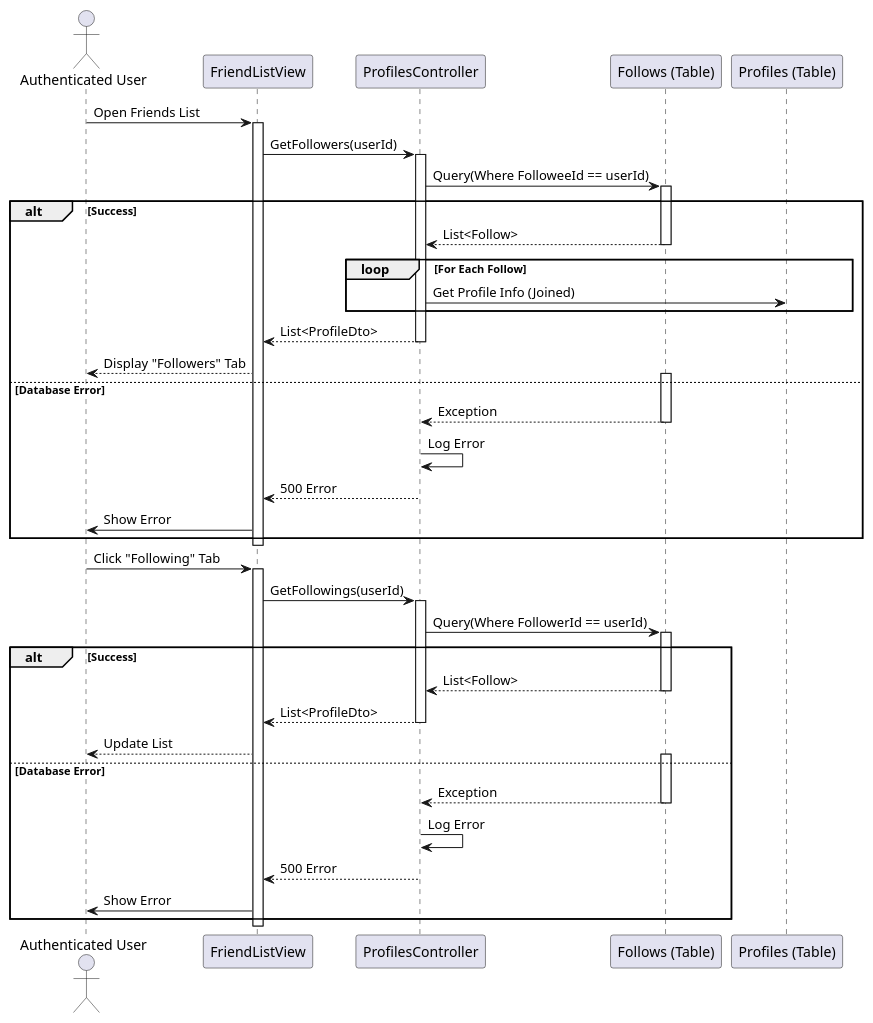
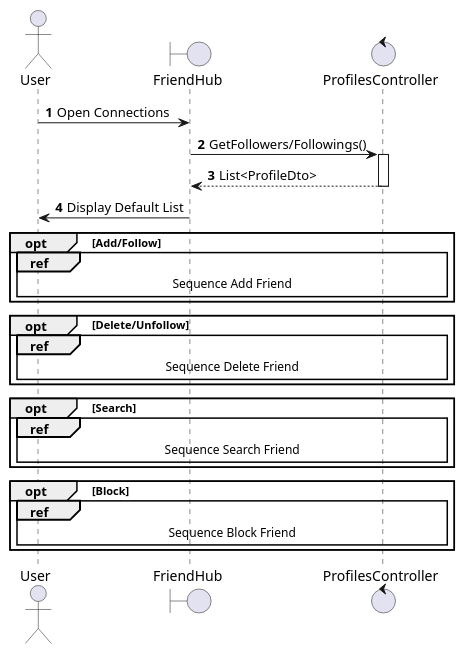
One commit to I-Love-U-3000/Favi-BE changed the second of 14 diagrams in UC_2.1.6_Adjust_Friend.md. Above: the diagram before and after it, drawn with PlantUML. The commit also changed other lines of this file and 36 other files, not shown here.

````diff
--- a/UC_2.1.6_Adjust_Friend.md
+++ b/UC_2.1.6_Adjust_Friend.md
@@ -78,58 +60,31 @@
 ```plantuml
 @startuml
-actor "Authenticated User" as User
-participant "FriendListView" as View
-participant "ProfilesController" as Controller
-participant "Follows (Table)" as DB
-participant "Profiles (Table)" as DB_Profile
+autonumber
+actor "User" as User
+boundary "FriendHub" as View
+control "ProfilesController" as Controller
 
-User -> View: Open Friends List
-activate View
-View -> Controller: GetFollowers(userId)
+User -> View: Open Connections
+View -> Controller: GetFollowers/Followings()
 activate Controller
-Controller -> DB: Query(Where FolloweeId == userId)
-activate DB
-alt Success
-DB --> Controller: List<Follow>
-deactivate DB
-loop For Each Follow
-    Controller -> DB_Profile: Get Profile Info (Joined)
-end
 Controller --> View: List<ProfileDto>
 deactivate Controller
-View --> User: Display "Followers" Tab
-else Database Error
-    activate DB
-    DB --> Controller: Exception
-    deactivate DB
-    Controller -> Controller: Log Error
-    Controller --> View: 500 Error
-    deactivate Controller
-    View -> User: Show Error
+View -> User: Display Default List
+
+opt Add/Follow
+    ref over User, View, Controller: Sequence Add Friend
 end
-deactivate View
 
-User -> View: Click "Following" Tab
-activate View
-View -> Controller: GetFollowings(userId)
-activate Controller
-Controller -> DB: Query(Where FollowerId == userId)
-activate DB
-alt Success
-DB --> Controller: List<Follow>
-deactivate DB
-    Controller --> View: List<ProfileDto>
-    deactivate Controller
-    View --> User: Update List
-else Database Error
-    activate DB
-    DB --> Controller: Exception
-    deactivate DB
-    Controller -> Controller: Log Error
-    Controller --> View: 500 Error
-    deactivate Controller
-    View -> User: Show Error
+opt Delete/Unfollow
+    ref over User, View, Controller: Sequence Delete Friend
 end
-deactivate View
+
+opt Search
+    ref over User, View, Controller: Sequence Search Friend
+end
+
+opt Block
+    ref over User, View, Controller: Sequence Block Friend
+end
 @enduml
 ```
````
